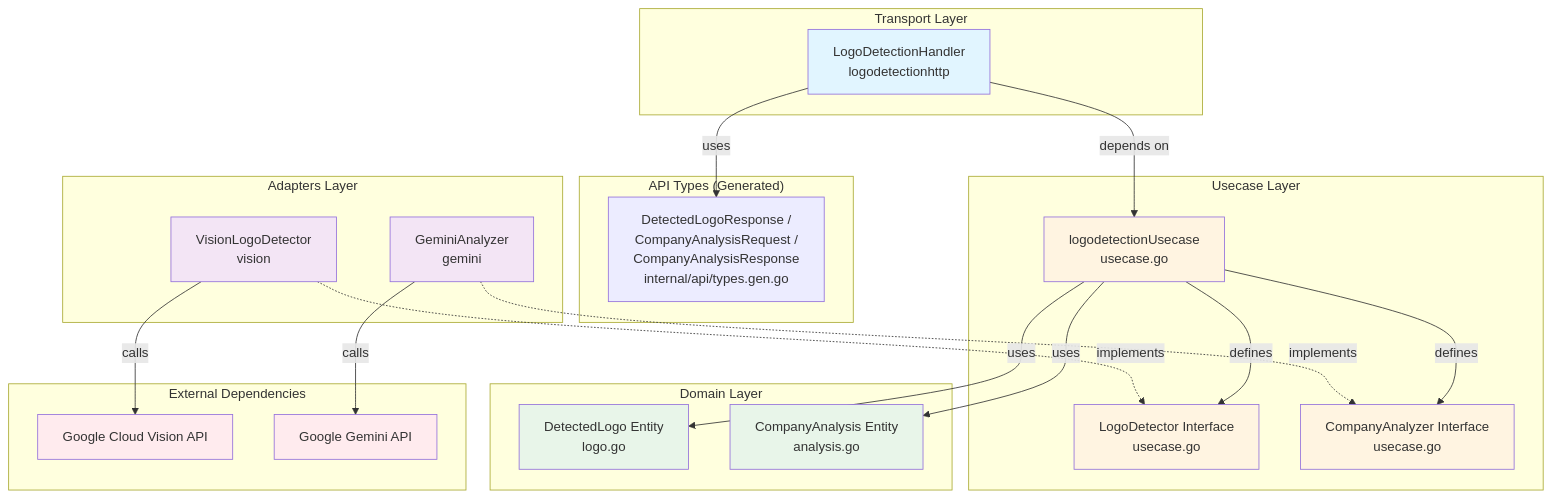
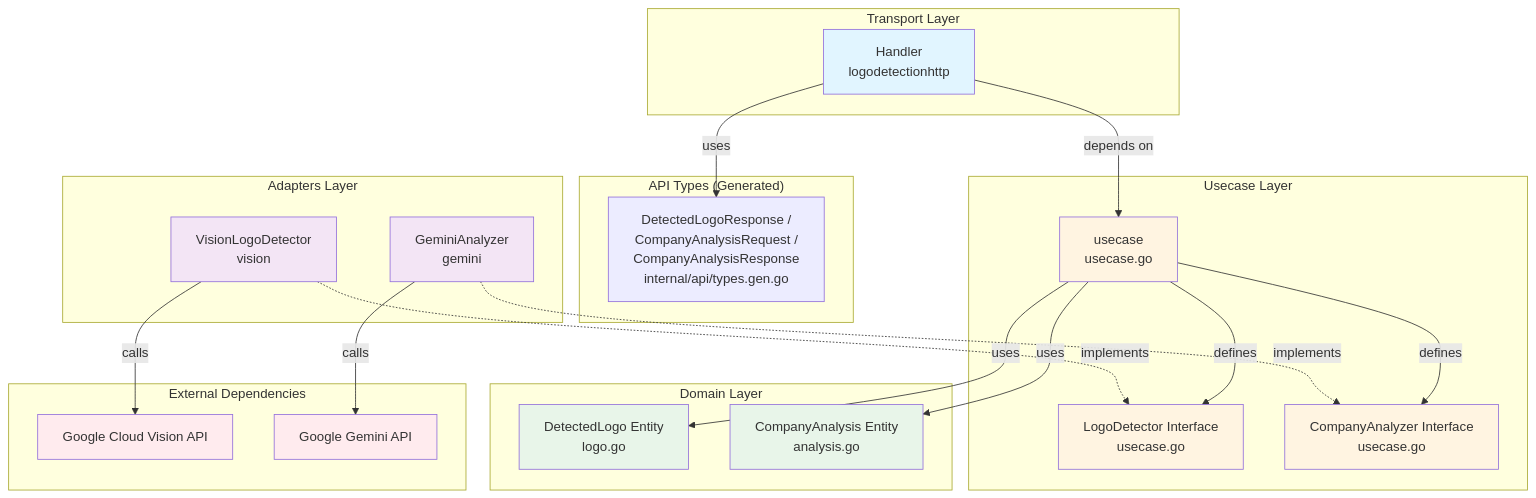
The third of 3 diagrams in internal/feature/logodetection/README.md (UCHIDAnobuhiro/stock_backend), drawn with Mermaid before and after one commit. The commit also changed other lines of this file and 41 other files, not shown here.

````diff
--- a/internal/feature/logodetection/README.md
+++ b/internal/feature/logodetection/README.md
@@ -224,53 +224,53 @@
 ```mermaid
 graph TB
     subgraph "Transport Layer"
-        Handler[LogoDetectionHandler<br/>logodetectionhttp]
+        Handler[Handler<br/>logodetectionhttp]
     end
 
     subgraph "API Types (Generated)"
         APITypes[DetectedLogoResponse /<br/>CompanyAnalysisRequest /<br/>CompanyAnalysisResponse<br/>internal/api/types.gen.go]
     end
 
     subgraph "Usecase Layer"
-        Usecase[logodetectionUsecase<br/>usecase.go]
+        Usecase[usecase<br/>usecase.go]
         DetectorIF[LogoDetector Interface<br/>usecase.go]
         AnalyzerIF[CompanyAnalyzer Interface<br/>usecase.go]
     end
 
     subgraph "Domain Layer"
         Logo[DetectedLogo Entity<br/>logo.go]
         Analysis[CompanyAnalysis Entity<br/>analysis.go]
     end
 
     subgraph "Adapters Layer"
         Vision[VisionLogoDetector<br/>vision]
         Gemini[GeminiAnalyzer<br/>gemini]
     end
 
     subgraph "External Dependencies"
         VisionAPI[Google Cloud Vision API]
         GeminiAPI[Google Gemini API]
     end
 
     Handler -->|depends on| Usecase
     Handler -->|uses| APITypes
     Usecase -->|defines| DetectorIF
     Usecase -->|defines| AnalyzerIF
     Usecase -->|uses| Logo
     Usecase -->|uses| Analysis
     Vision -.->|implements| DetectorIF
     Gemini -.->|implements| AnalyzerIF
     Vision -->|calls| VisionAPI
     Gemini -->|calls| GeminiAPI
 
     style Handler fill:#e1f5ff
     style Usecase fill:#fff4e1
     style DetectorIF fill:#fff4e1
     style AnalyzerIF fill:#fff4e1
     style Logo fill:#e8f5e9
     style Analysis fill:#e8f5e9
     style Vision fill:#f3e5f5
     style Gemini fill:#f3e5f5
     style VisionAPI fill:#ffebee
     style GeminiAPI fill:#ffebee
 ```
````
